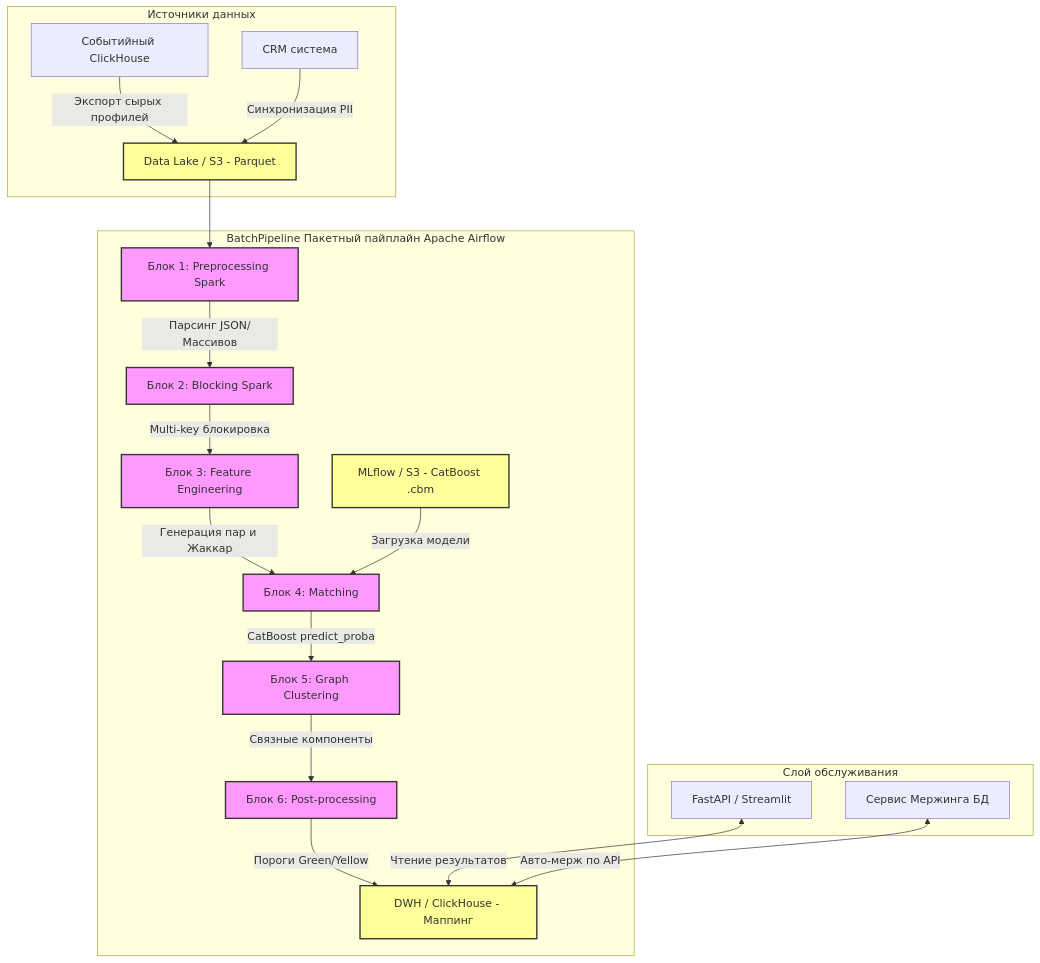
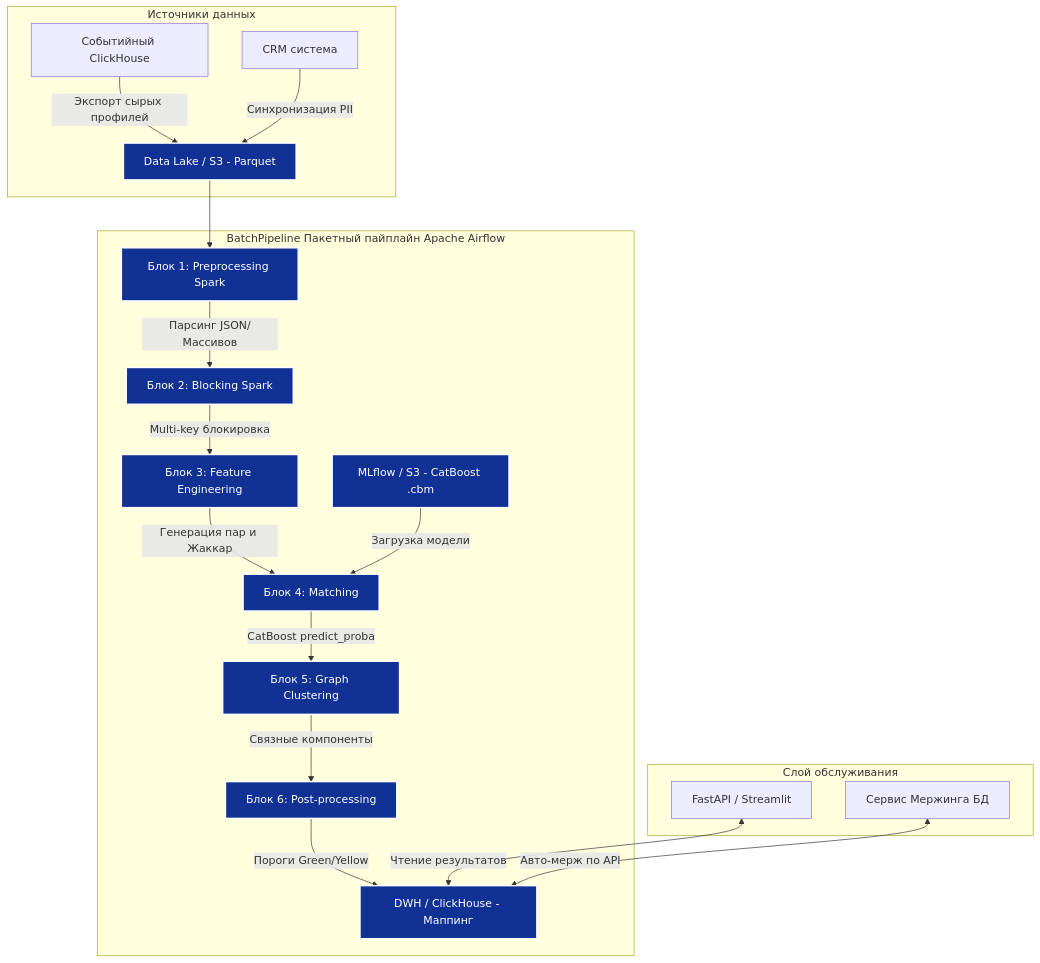
One commit to SunCheze/PracticeT17c4 changed the diagram in README.md. Above: the diagram before and after it, drawn with Mermaid.

````diff
--- a/README.md
+++ b/README.md
@@ -3,33 +3,33 @@
 ```mermaid
 graph TD
     %% Источники данных
     subgraph Sources [Источники данных]
         A[Событийный ClickHouse] -->|Экспорт сырых профилей| B[   Data Lake / S3 - Parquet   ]
         C[CRM система] -->|Синхронизация PII| B
     end
 
     %% Вычислительное ядро
     subgraph BatchPipeline Пакетный пайплайн Apache Airflow
         B --> D[Блок 1: Preprocessing Spark]
         D -->|Парсинг JSON/Массивов| E[Блок 2: Blocking Spark]
         E -->|Multi-key блокировка| F[Блок 3: Feature Engineering]
         F -->|Генерация пар и Жаккар| G[Блок 4: Matching]
         H[   MLflow / S3 - CatBoost .cbm   ] -->|Загрузка модели| G
         G -->|CatBoost predict_proba| I[Блок 5: Graph Clustering]
         I -->|Связные компоненты| J[Блок 6: Post-processing]
         J -->|Пороги    Green/Yellow   | K[   DWH / ClickHouse - Маппинг   ]
     end
 
     %% Сервисы и UI
     subgraph ServingLayer [Слой обслуживания]
         L[FastAPI / Streamlit] <-->|Чтение результатов| K
         M[Сервис Мержинга БД] <-->|Авто-мерж по API| K
     end
 
     %% Стилизация
-    classDef spark fill:#f9f,stroke:#333,stroke-width:2px;
-    classDef storage fill:#ff9,stroke:#333,stroke-width:2px;
+    classDef spark fill:#123195,stroke:#ffffff,stroke-width:2px,color:#ffffff;
+    classDef storage fill:#123195,stroke:#ffffff,stroke-width:2px,color:#ffffff;
     class D,E,F,G,I,J spark;
     class B,H,K storage;
 
 ```
````
